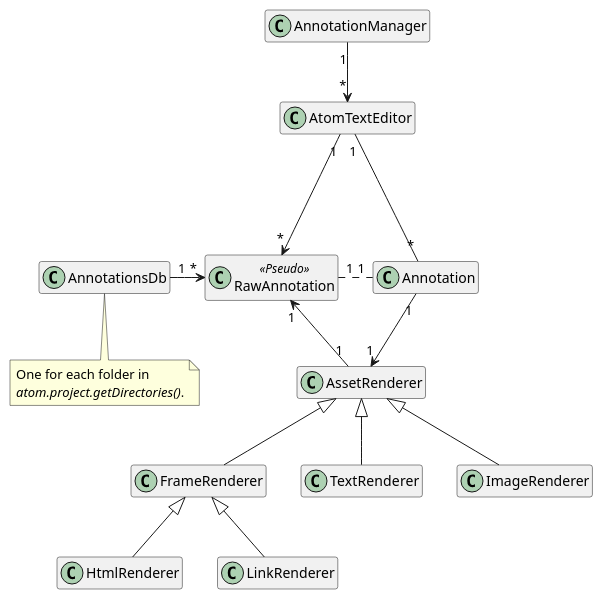
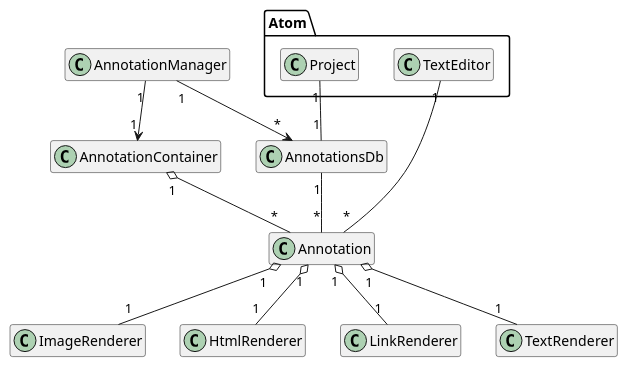
One commit to jneuendorf/atom-code-annotations changed the diagram in class_diagram.plantuml. Above: the diagram before and after it, drawn with PlantUML. The commit also changed 1 other file, not shown here.

Commit message:
updated class diagram

```diff
--- a/class_diagram.plantuml
+++ b/class_diagram.plantuml
@@ -1,38 +1,33 @@
 @startuml
 hide empty members
 
+class Atom.Project
+class Atom.TextEditor
+
 class AnnotationManager
+class AnnotationContainer
 together {
     class AnnotationsDb
-    class RawAnnotation <<Pseudo>>
     class Annotation
 }
 
-class AssetRenderer
-class FrameRenderer
+class ImageRenderer
 class HtmlRenderer
 class LinkRenderer
 class TextRenderer
 
-class AtomTextEditor
-
-note bottom of AnnotationsDb
-    One for each folder in
-    <i>atom.project.getDirectories()</i>.
-end note
 
 
-AssetRenderer <|-- TextRenderer
-AssetRenderer <|-- ImageRenderer
-AssetRenderer <|-- FrameRenderer
-FrameRenderer <|-- HtmlRenderer
-FrameRenderer <|-- LinkRenderer
+Atom.Project "1" -- "1" AnnotationsDb
+AnnotationManager "1" --> "1" AnnotationContainer
+AnnotationContainer "1" o-- "*" Annotation
+AnnotationManager "1" -> "*" AnnotationsDb
+AnnotationsDb "1" -- "*" Annotation
+Atom.TextEditor "1" --- "*" Annotation
 
-Annotation "1" --> "1" AssetRenderer
-RawAnnotation "1" <-- "1" AssetRenderer
-AnnotationsDb "1" -> "*" RawAnnotation
-RawAnnotation "1" . "1" Annotation
-AnnotationManager "1" --> "*" AtomTextEditor
-AtomTextEditor "1" --> "*" RawAnnotation
-AtomTextEditor "1" --- "*" Annotation
+Annotation "1" o-- "1" TextRenderer
+Annotation "1" o-- "1" ImageRenderer
+Annotation "1" o-- "1" HtmlRenderer
+Annotation "1" o-- "1" LinkRenderer
+
 @enduml
```
